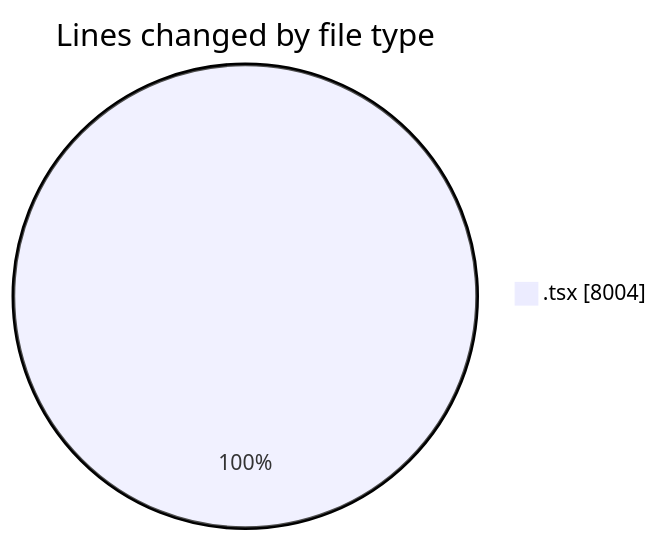
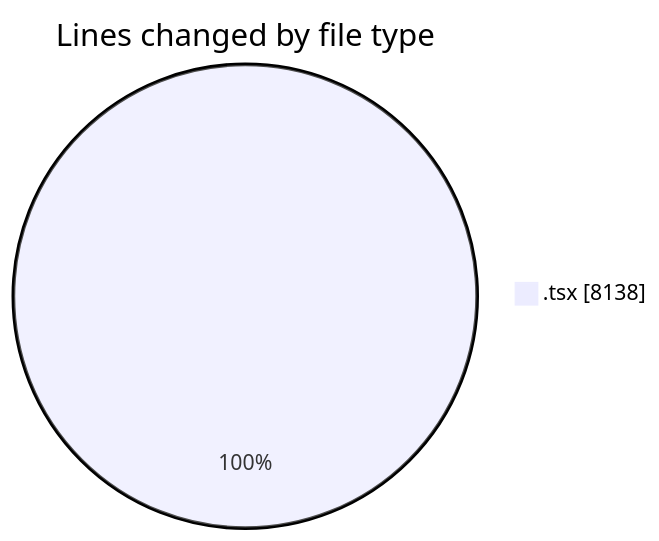
The first of 2 diagrams in 2025-12-04/cda/README.md (momahboobian/code-tracking), drawn with Mermaid before and after one commit. The commit also changed other lines of this file and 1 other file, not shown here.

````diff
--- a/2025-12-04/cda/README.md
+++ b/2025-12-04/cda/README.md
@@ -29,5 +29,5 @@
 ```mermaid
 pie showData
 title Lines changed by file type
-".tsx" : 8004
+".tsx" : 8138
 ```
````
